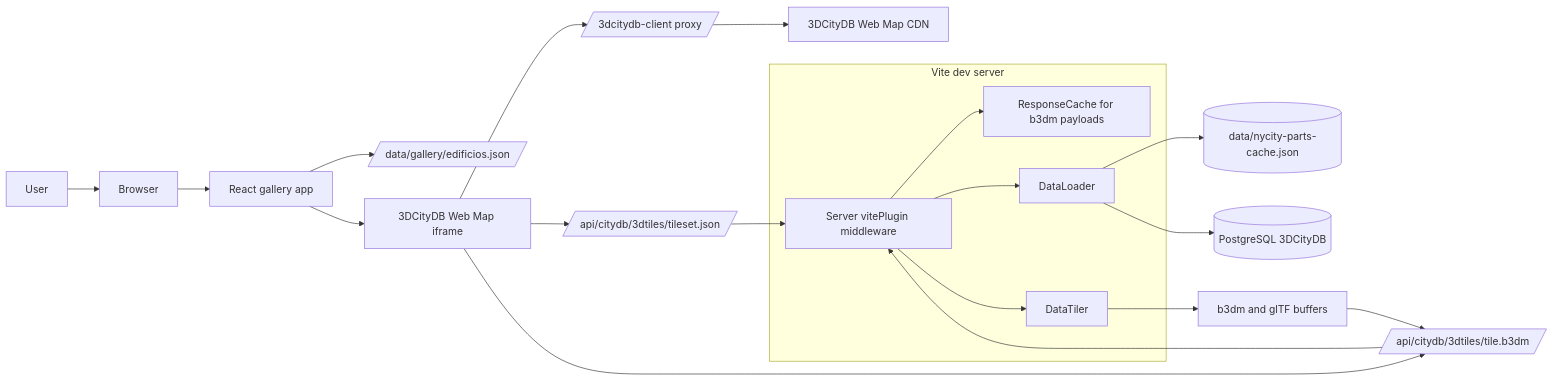
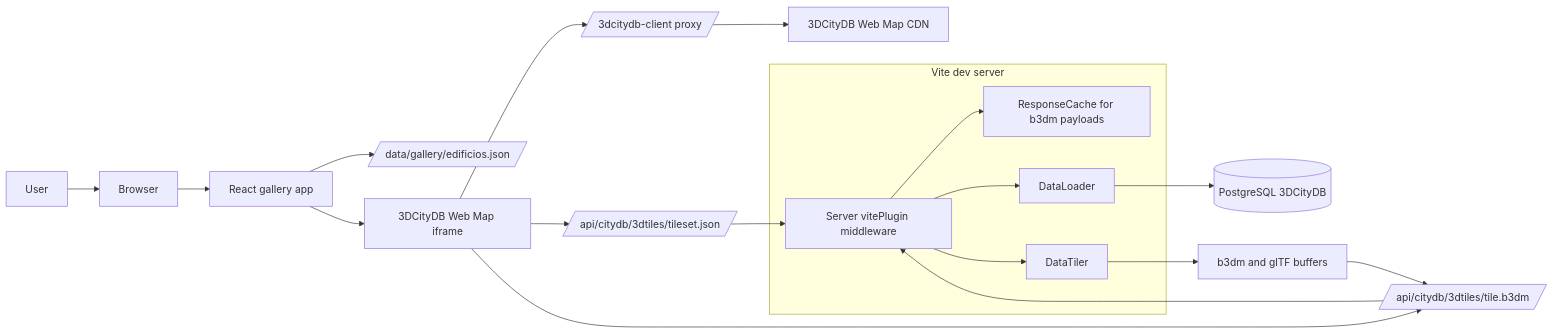
Before and after one commit to AlexisLeite/3ddb: the first of 8 diagrams in docs/architecture-diagrams.md, drawn with Mermaid. The commit also changed other lines of this file and 38 other files, not shown here.

````diff
--- a/docs/architecture-diagrams.md
+++ b/docs/architecture-diagrams.md
@@ -9,28 +9,27 @@
 ```mermaid
 flowchart LR
   user[User] --> browser[Browser]
   browser --> react[React gallery app]
   react --> galleryJson[/data/gallery/edificios.json/]
   react --> iframe[3DCityDB Web Map iframe]
   iframe --> webMapClient[/3dcitydb-client proxy/]
   webMapClient --> remoteClient[3DCityDB Web Map CDN]
   iframe --> tileset[/api/citydb/3dtiles/tileset.json/]
   iframe --> tile[/api/citydb/3dtiles/tile.b3dm/]
 
   subgraph vite[Vite dev server]
     plugin[Server vitePlugin middleware]
     cache[ResponseCache for b3dm payloads]
     loader[DataLoader]
     tiler[DataTiler]
   end
 
   tileset --> plugin
   tile --> plugin
   plugin --> cache
   plugin --> loader
   plugin --> tiler
-  loader --> diskCache[(data/nycity-parts-cache.json)]
   loader --> db[(PostgreSQL 3DCityDB)]
   tiler --> b3dm[b3dm and glTF buffers]
   b3dm --> tile
 ```
````
